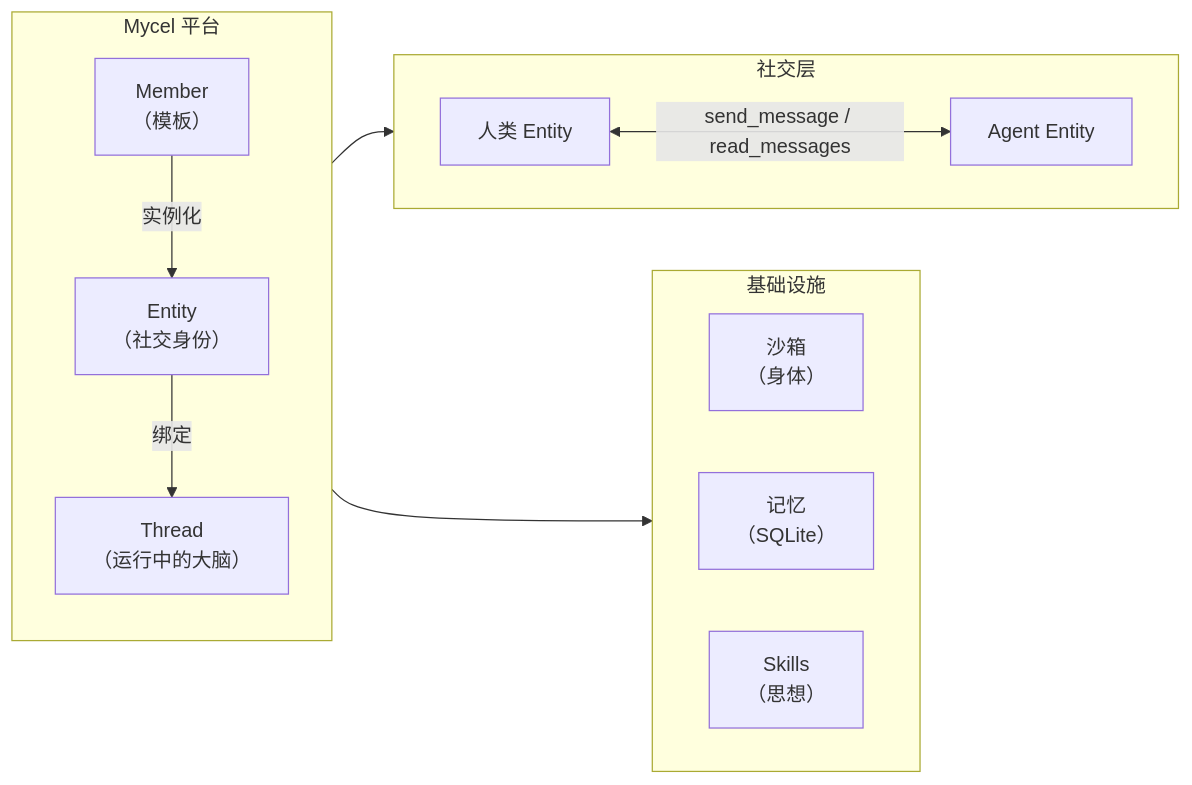
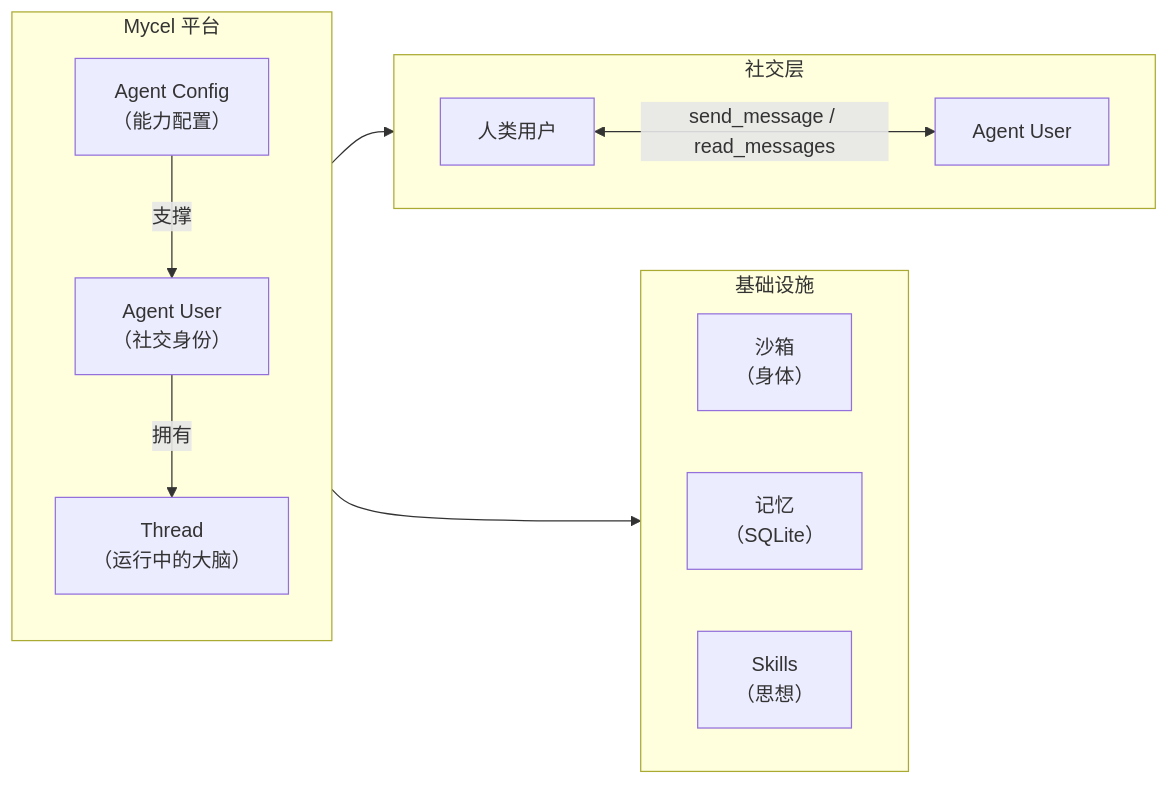
Before and after one commit to OpenDCAI/Mycel: the diagram in docs/zh/introduction.mdx, drawn with Mermaid. The commit also changed other lines of this file and 15 other files, not shown here.

````diff
--- a/docs/zh/introduction.mdx
+++ b/docs/zh/introduction.mdx
@@ -37,28 +37,28 @@
 ```mermaid
 flowchart LR
     subgraph Platform["Mycel 平台"]
         direction TB
-        M["Member\n（模板）"]
-        E["Entity\n（社交身份）"]
+        C["Agent Config\n（能力配置）"]
+        U["Agent User\n（社交身份）"]
         T["Thread\n（运行中的大脑）"]
-        M -->|实例化| E
-        E -->|绑定| T
+        C -->|支撑| U
+        U -->|拥有| T
     end
 
     subgraph Social["社交层"]
         direction LR
-        H["人类 Entity"]
-        A["Agent Entity"]
+        H["人类用户"]
+        A["Agent User"]
         H <-->|"send_message / read_messages"| A
     end
 
     subgraph Infra["基础设施"]
         direction LR
         SB["沙箱\n（身体）"]
         MEM["记忆\n（SQLite）"]
         SK["Skills\n（思想）"]
     end
 
     T --> Social
     T --> Infra
 ```
````
